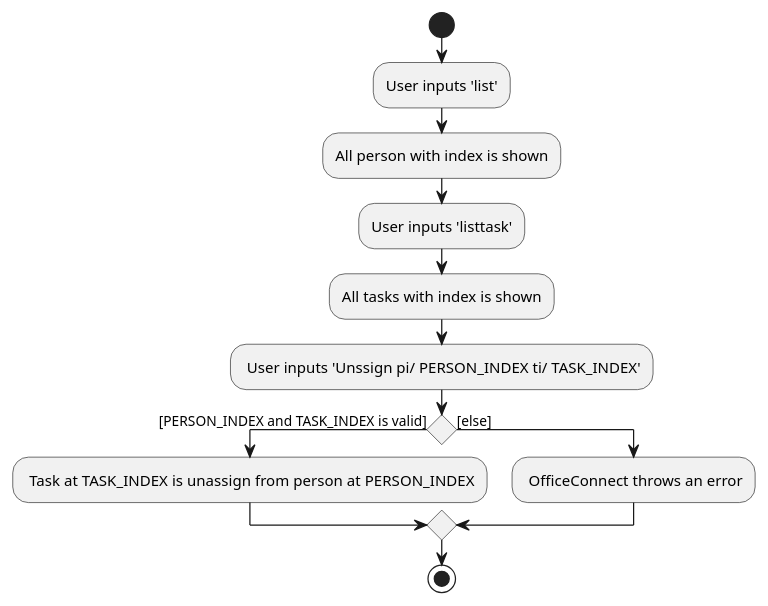
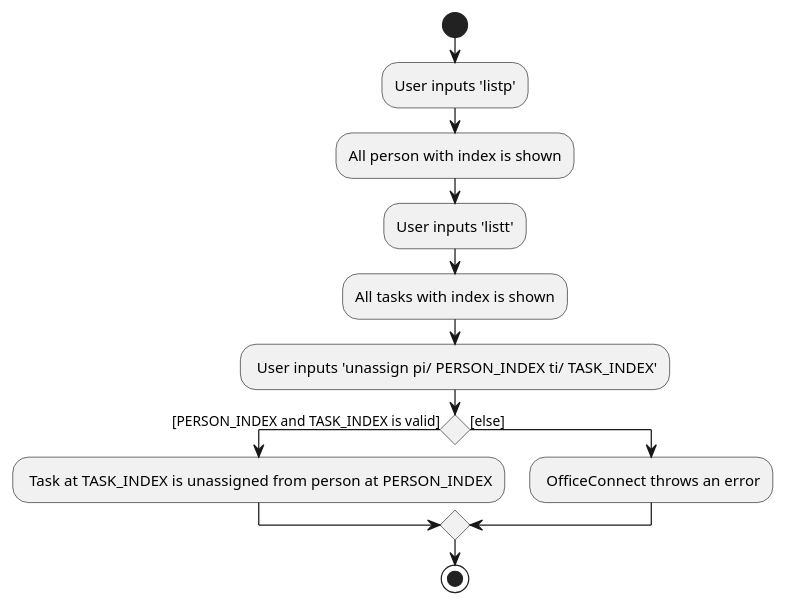
One commit to nus-cs2103-AY2223S2/tp changed the diagram in docs/diagrams/UnassignActivity.puml. Above: the diagram before and after it, drawn with PlantUML. The commit also changed 5 other files, not shown here.

Commit message:
Update diagrams according to updated command words

```diff
--- a/docs/diagrams/UnassignActivity.puml
+++ b/docs/diagrams/UnassignActivity.puml
@@ -1,16 +1,16 @@
 @startuml
 start
-:User inputs 'list';
+:User inputs 'listp';
 :All person with index is shown;
-:User inputs 'listtask';
+:User inputs 'listt';
 :All tasks with index is shown;
 
-: User inputs 'Unssign pi/ PERSON_INDEX ti/ TASK_INDEX';
+: User inputs 'unassign pi/ PERSON_INDEX ti/ TASK_INDEX';
 if() then ([PERSON_INDEX and TASK_INDEX is valid])
-    : Task at TASK_INDEX is unassign from person at PERSON_INDEX;
+    : Task at TASK_INDEX is unassigned from person at PERSON_INDEX;
 else ([else])
     : OfficeConnect throws an error;
 endif
 
 stop
 @enduml
```
